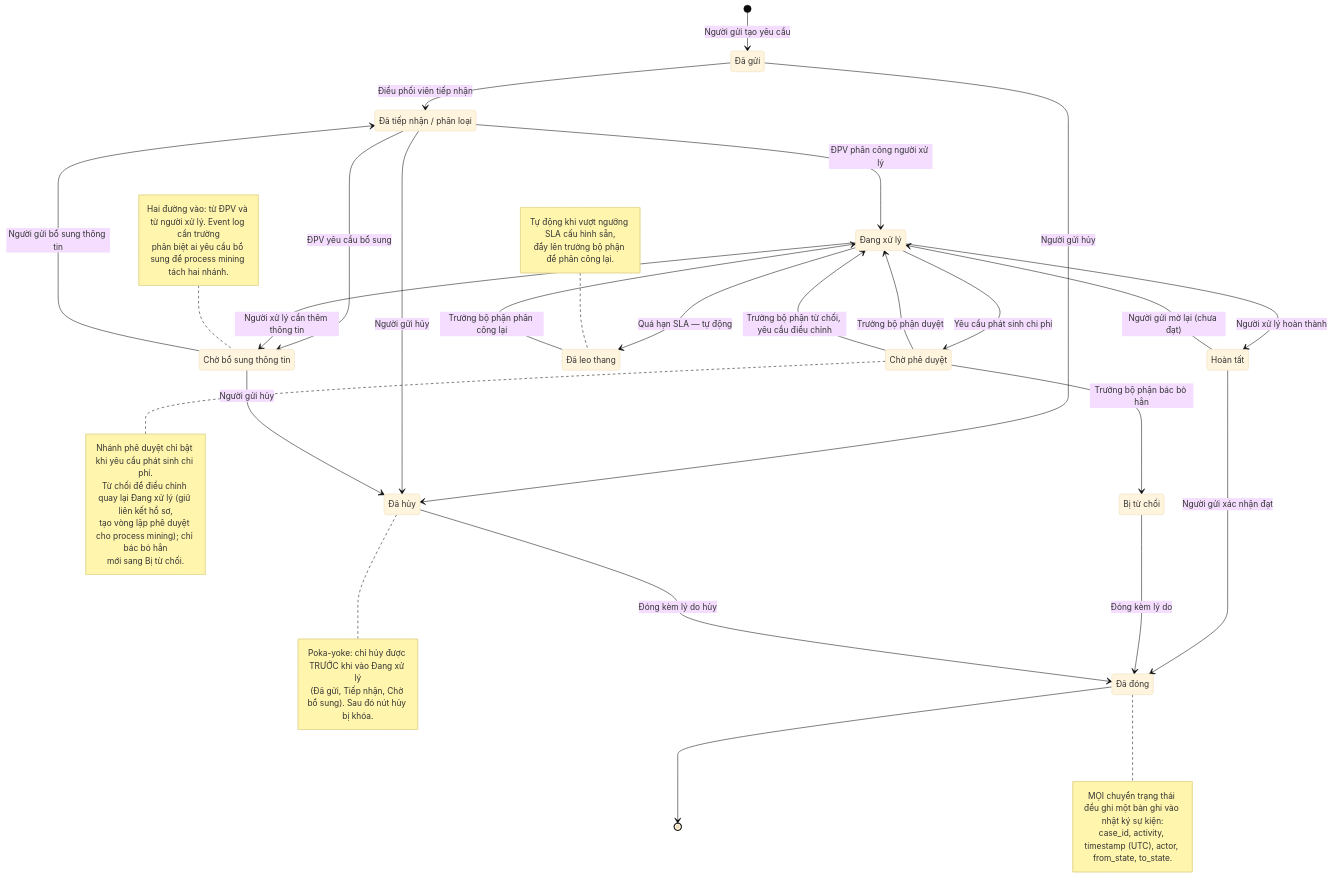
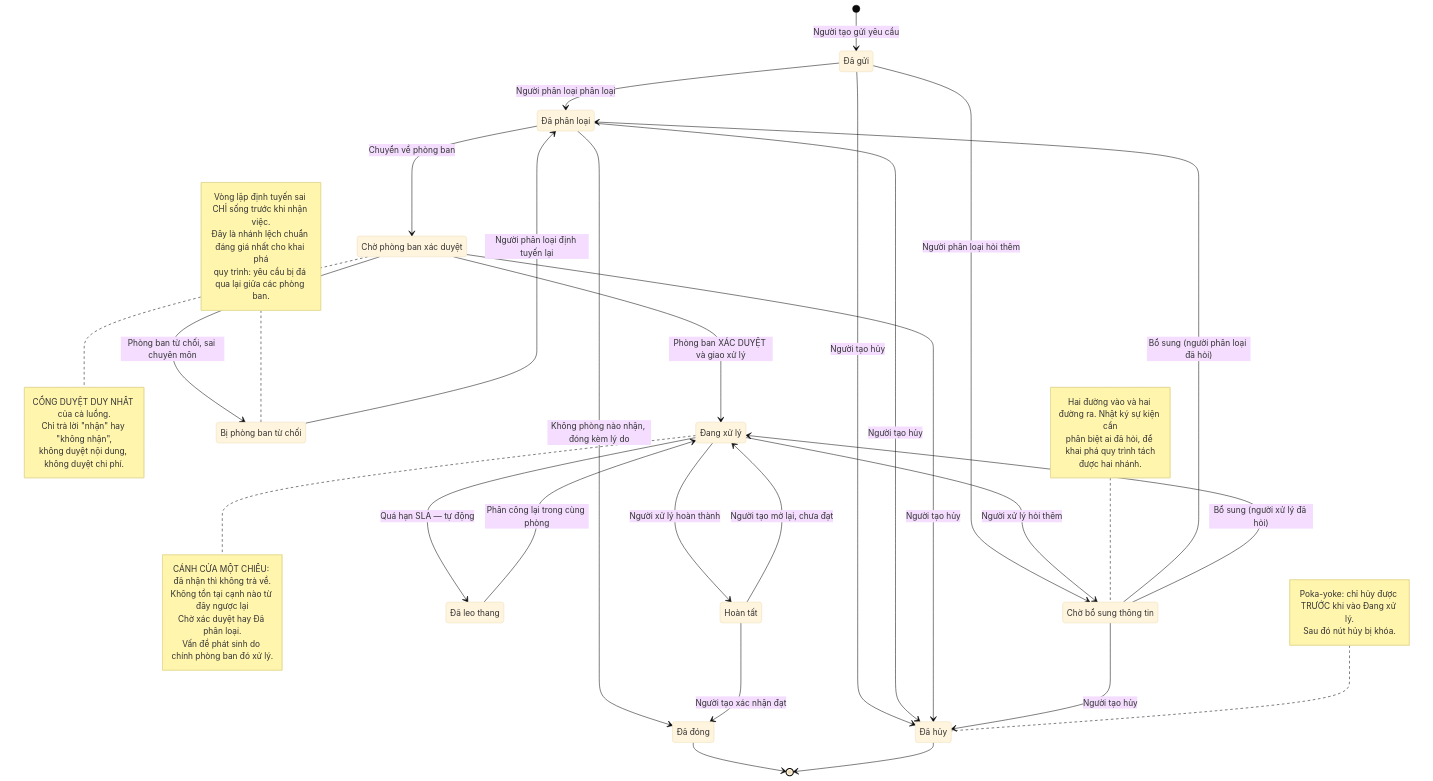
The diagram in docs/process-flow.md (AlaVox-lab/corelens), drawn with Mermaid (base theme) before and after one commit. The commit also changed other lines of this file and 1 other file, not shown here.

````diff
--- a/docs/process-flow.md
+++ b/docs/process-flow.md
@@ -10,70 +16,77 @@
 ```mermaid
 stateDiagram-v2
     direction TB
 
-    [*] --> DaGui: Người gửi tạo yêu cầu
+    [*] --> DaGui: Người tạo gửi yêu cầu
 
     DaGui: Đã gửi
-    TiepNhan: Đã tiếp nhận / phân loại
-    ChoBoSung: Chờ bổ sung thông tin
+    DaPhanLoai: Đã phân loại
+    ChoXacDuyet: Chờ phòng ban xác duyệt
     DangXuLy: Đang xử lý
-    ChoPheDuyet: Chờ phê duyệt
-    LeoThang: Đã leo thang
-    TuChoi: Bị từ chối
-    Huy: Đã hủy
     HoanTat: Hoàn tất
     Dong: Đã đóng
+    ChoBoSung: Chờ bổ sung thông tin
+    BiTuChoi: Bị phòng ban từ chối
+    LeoThang: Đã leo thang
+    Huy: Đã hủy
 
-    DaGui --> TiepNhan: Điều phối viên tiếp nhận
-    TiepNhan --> ChoBoSung: ĐPV yêu cầu bổ sung
-    ChoBoSung --> TiepNhan: Người gửi bổ sung thông tin
-    TiepNhan --> DangXuLy: ĐPV phân công người xử lý
+    DaGui --> DaPhanLoai: Người phân loại phân loại
+    DaGui --> ChoBoSung: Người phân loại hỏi thêm
+    DaGui --> Huy: Người tạo hủy
 
-    DangXuLy --> ChoBoSung: Người xử lý cần thêm thông tin
-    DangXuLy --> ChoPheDuyet: Yêu cầu phát sinh chi phí
-    ChoPheDuyet --> DangXuLy: Trưởng bộ phận duyệt
-    ChoPheDuyet --> DangXuLy: Trưởng bộ phận từ chối, yêu cầu điều chỉnh
-    ChoPheDuyet --> TuChoi: Trưởng bộ phận bác bỏ hẳn
+    DaPhanLoai --> ChoXacDuyet: Chuyển về phòng ban
+    DaPhanLoai --> Huy: Người tạo hủy
+    DaPhanLoai --> Dong: Không phòng nào nhận, đóng kèm lý do
 
+    ChoXacDuyet --> DangXuLy: Phòng ban XÁC DUYỆT và giao xử lý
+    ChoXacDuyet --> BiTuChoi: Phòng ban từ chối, sai chuyên môn
+    ChoXacDuyet --> Huy: Người tạo hủy
+
+    BiTuChoi --> DaPhanLoai: Người phân loại định tuyến lại
+
+    DangXuLy --> ChoBoSung: Người xử lý hỏi thêm
+    DangXuLy --> LeoThang: Quá hạn SLA — tự động
     DangXuLy --> HoanTat: Người xử lý hoàn thành
-    HoanTat --> Dong: Người gửi xác nhận đạt
-    HoanTat --> DangXuLy: Người gửi mở lại (chưa đạt)
-    TuChoi --> Dong: Đóng kèm lý do
 
-    DaGui --> Huy: Người gửi hủy
-    TiepNhan --> Huy: Người gửi hủy
-    ChoBoSung --> Huy: Người gửi hủy
-    Huy --> Dong: Đóng kèm lý do hủy
+    LeoThang --> DangXuLy: Phân công lại trong cùng phòng
 
-    DangXuLy --> LeoThang: Quá hạn SLA — tự động
-    LeoThang --> DangXuLy: Trưởng bộ phận phân công lại
+    ChoBoSung --> DaPhanLoai: Bổ sung (người phân loại đã hỏi)
+    ChoBoSung --> DangXuLy: Bổ sung (người xử lý đã hỏi)
+    ChoBoSung --> Huy: Người tạo hủy
+
+    HoanTat --> Dong: Người tạo xác nhận đạt
+    HoanTat --> DangXuLy: Người tạo mở lại, chưa đạt
 
     Dong --> [*]
+    Huy --> [*]
 
-    note right of Huy
-        Poka-yoke: chỉ hủy được TRƯỚC khi vào Đang xử lý
-        (Đã gửi, Tiếp nhận, Chờ bổ sung). Sau đó nút hủy bị khóa.
+    note right of ChoXacDuyet
+        CỔNG DUYỆT DUY NHẤT của cả luồng.
+        Chỉ trả lời "nhận" hay "không nhận",
+        không duyệt nội dung, không duyệt chi phí.
     end note
 
-    note right of ChoPheDuyet
-        Nhánh phê duyệt chỉ bật khi yêu cầu phát sinh chi phí.
-        Từ chối để điều chỉnh quay lại Đang xử lý (giữ liên kết hồ sơ,
-        tạo vòng lặp phê duyệt cho process mining); chỉ bác bỏ hẳn
-        mới sang Bị từ chối.
+    note right of DangXuLy
+        CÁNH CỬA MỘT CHIỀU: đã nhận thì không trả về.
+        Không tồn tại cạnh nào từ đây ngược lại
+        Chờ xác duyệt hay Đã phân loại.
+        Vấn đề phát sinh do chính phòng ban đó xử lý.
+    end note
+
+    note left of BiTuChoi
+        Vòng lặp định tuyến sai CHỈ sống trước khi nhận việc.
+        Đây là nhánh lệch chuẩn đáng giá nhất cho khai phá
+        quy trình: yêu cầu bị đá qua lại giữa các phòng ban.
+    end note
+
+    note left of Huy
+        Poka-yoke: chỉ hủy được TRƯỚC khi vào Đang xử lý.
+        Sau đó nút hủy bị khóa.
     end note
 
     note left of ChoBoSung
-        Hai đường vào: từ ĐPV và từ người xử lý. Event log cần trường
-        phân biệt ai yêu cầu bổ sung để process mining tách hai nhánh.
-    end note
-
-    note left of LeoThang
-        Tự động khi vượt ngưỡng SLA cấu hình sẵn,
-        đẩy lên trưởng bộ phận để phân công lại.
-    end note
-
-    note right of Dong
-        MỌI chuyển trạng thái đều ghi một bản ghi vào nhật ký sự kiện:
-        case_id, activity, timestamp (UTC), actor, from_state, to_state.
+        Hai đường vào và hai đường ra. Nhật ký sự kiện cần
+        phân biệt ai đã hỏi, để khai phá quy trình tách
+        được hai nhánh.
     end note
 ```
````
